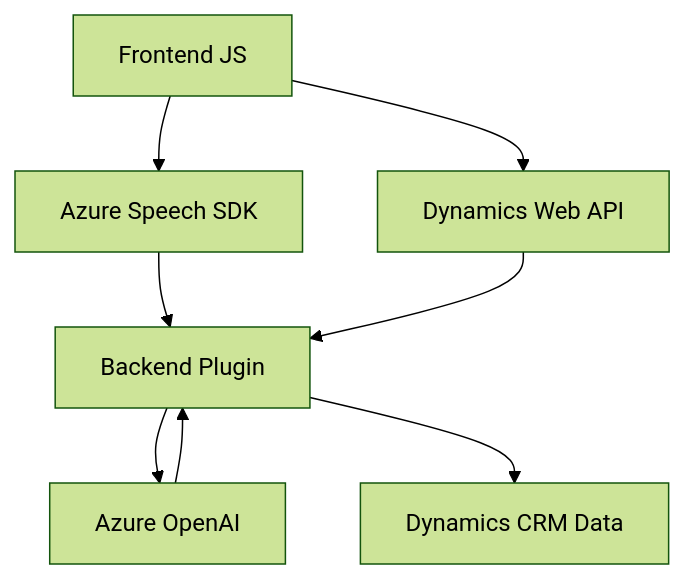
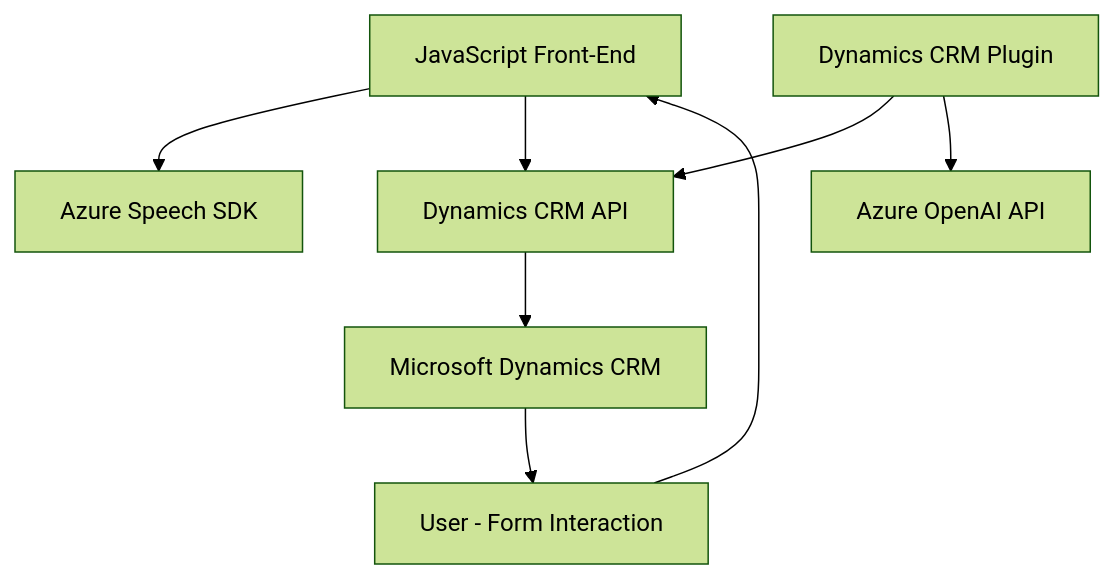
Before and after one commit to blopezdm/NETCORE_BILBAO2025: the diagram in README.md, drawn with Mermaid (forest theme). The commit also changed other lines of this file, not shown here.

````diff
--- a/README.md
+++ b/README.md
@@ -47,10 +56,18 @@
 ```mermaid
 graph TD
-    A["Frontend JS"] --> B["Azure Speech SDK"]
-    A --> C["Dynamics Web API"]
-    B --> D["Backend Plugin"]
-    C --> D
-    D --> E["Azure OpenAI"]
-    E --> D
-    D --> F["Dynamics CRM Data"]
+    A["JavaScript Front-End"]
+    B["Dynamics CRM Plugin"]
+    C["Azure Speech SDK"]
+    D["Azure OpenAI API"]
+    E["Dynamics CRM API"]
+    F["Microsoft Dynamics CRM"]
+    G["User - Form Interaction"]
+    
+    G --> A
+    A --> C
+    A --> E
+    B --> E
+    B --> D
+    E --> F
+    F --> G
 ```
````
